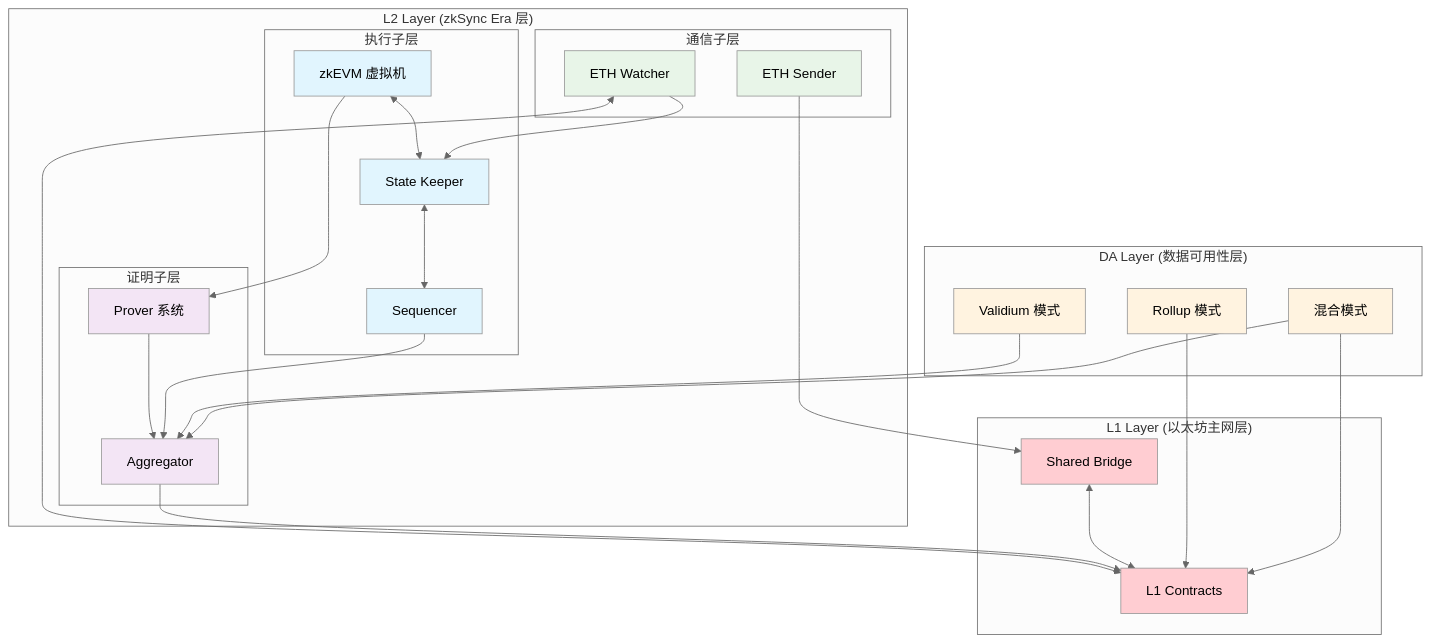
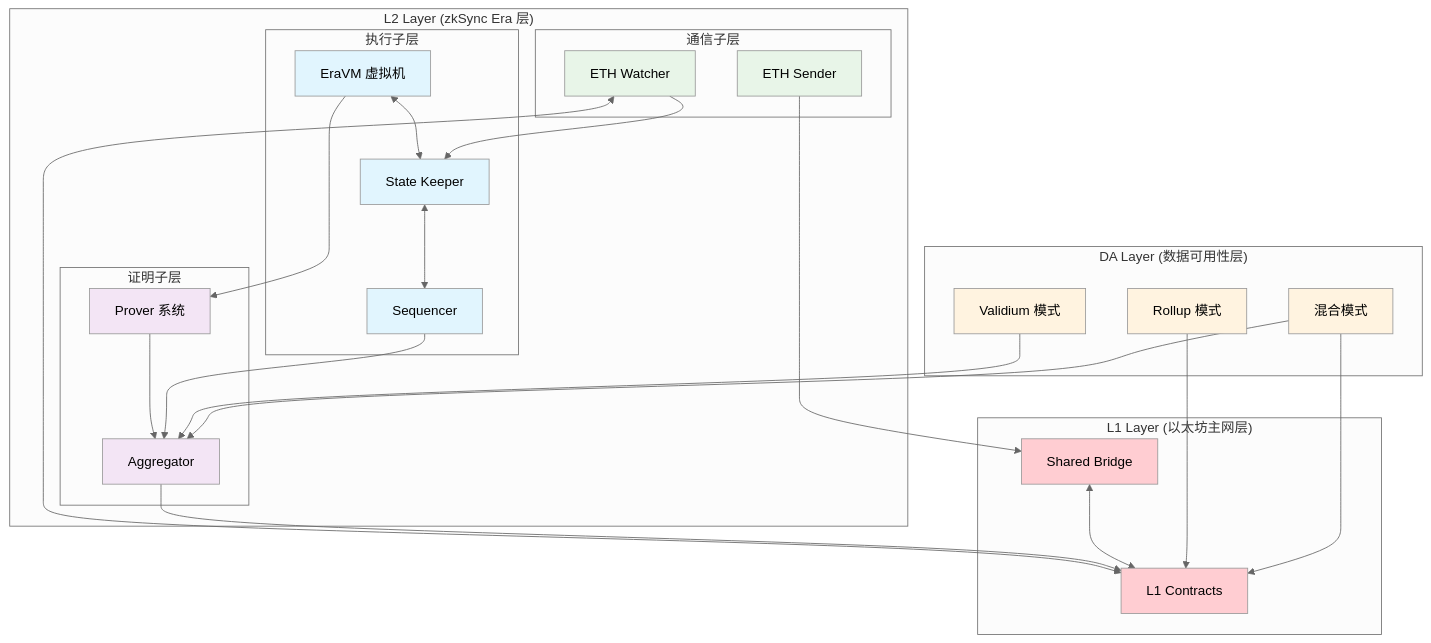
One commit to dreamer-zq/Obsidian-vault changed the diagram in 01-Notes/blockchain/L2/zkstack/02_核心模块分析.md. Above: the diagram before and after it, drawn with Mermaid (neutral theme). The commit also changed other lines of this file and 4 other files, not shown here.

````diff
--- a/01-Notes/blockchain/L2/zkstack/02_核心模块分析.md
+++ b/01-Notes/blockchain/L2/zkstack/02_核心模块分析.md
@@ -163,63 +167,63 @@
 ```mermaid
 graph TB
     subgraph "L1 Layer (以太坊主网层)"
         L1A[L1 Contracts]
         L1B[Shared Bridge]
     end
     
     subgraph "L2 Layer (zkSync Era 层)"
         subgraph "执行子层"
-            L2A[zkEVM 虚拟机]
+            L2A[EraVM 虚拟机]
             L2B[State Keeper]
             L2C[Sequencer]
         end
         
         subgraph "证明子层"
             L2D[Prover 系统]
             L2E[Aggregator]
         end
         
         subgraph "通信子层"
             L2F[ETH Watcher]
             L2G[ETH Sender]
         end
     end
     
     subgraph "DA Layer (数据可用性层)"
         DA1[Rollup 模式]
         DA2[Validium 模式]
         DA3[混合模式]
     end
     
     %% L2 内部关系
     L2A <--> L2B
     L2B <--> L2C
     L2A --> L2D
     L2D --> L2E
     L2F --> L2B
     L2C --> L2E
     
     %% L1-L2 关系
     L2F <--> L1A
     L2E --> L1A
     L1B <--> L1A
     L2G --> L1B
     
     %% DA 关系
     DA1 --> L1A
     DA2 --> L2E
     DA3 --> L1A
     DA3 --> L2E
     
     classDef l1 fill:#ffcdd2
     classDef l2exec fill:#e1f5fe
     classDef l2proof fill:#f3e5f5
     classDef l2comm fill:#e8f5e8
     classDef da fill:#fff3e0
     
     class L1A,L1B l1
     class L2A,L2B,L2C l2exec
     class L2D,L2E l2proof
     class L2F,L2G l2comm
     class DA1,DA2,DA3 da
 ```
````
